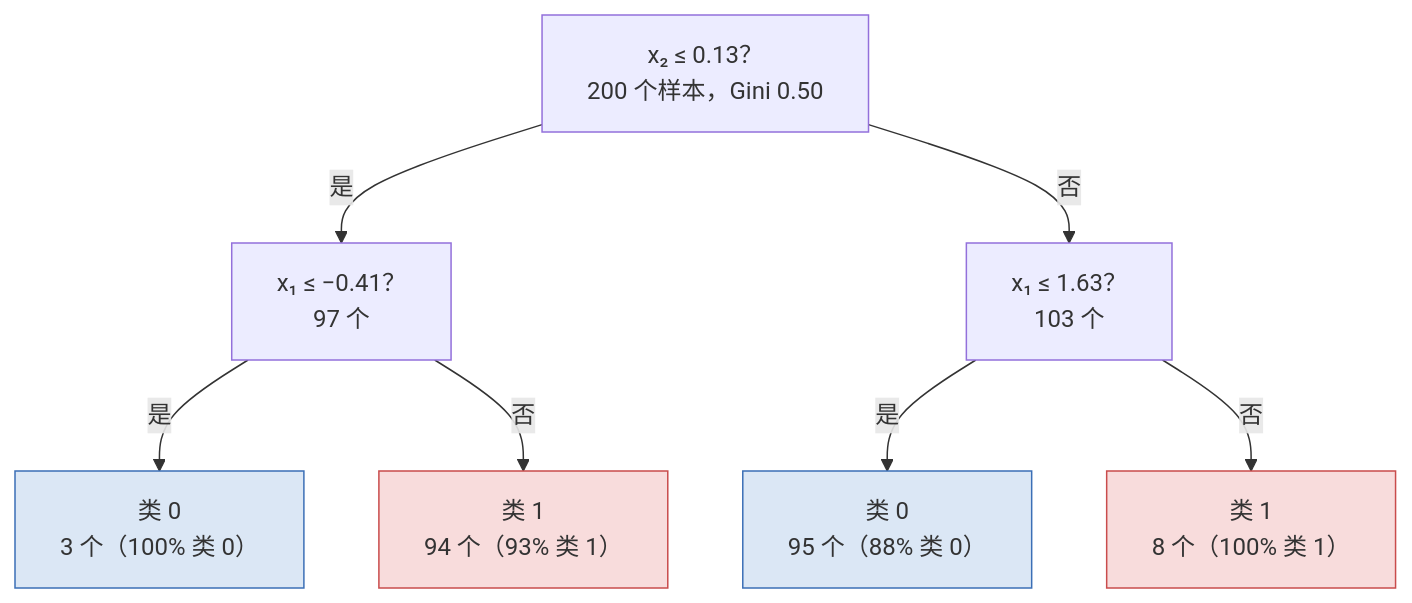
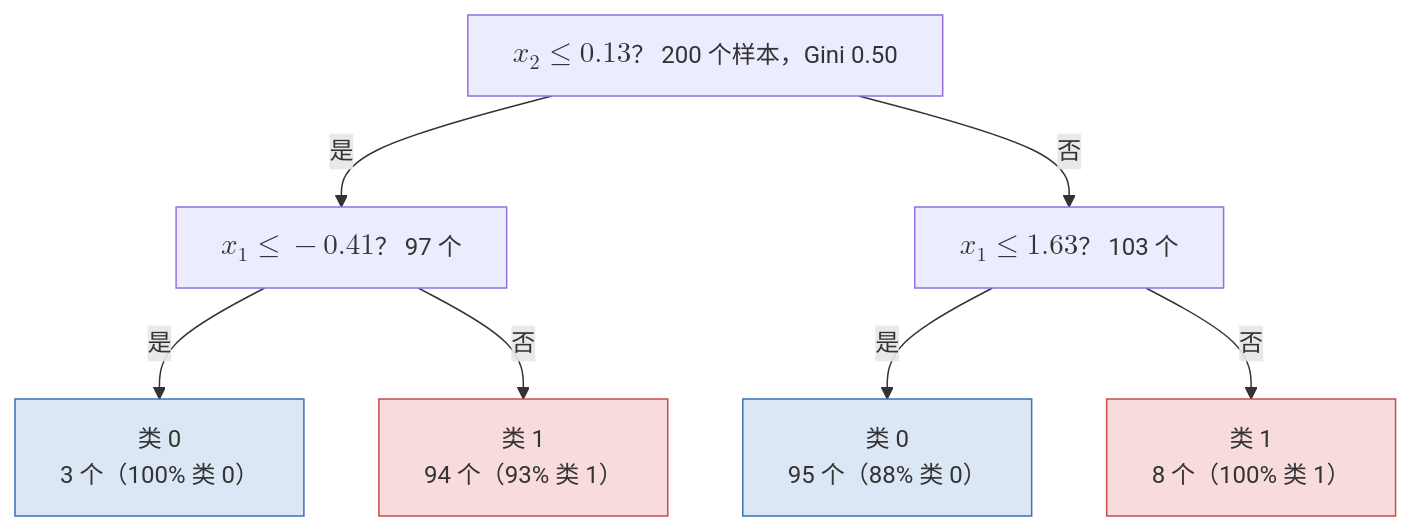
Before and after one commit to arganzheng/arganzheng.github.com: the diagram in _posts/2026-03-03-a-family-of-classifiers-from-naive-bayes-to-gradient-boosting.md, drawn with Mermaid.

Commit message:
LLM 时代的经典机器学习（04）：三个基础分类器——朴素贝叶斯、KNN 与决策树：Mermaid 伪公式改用 KaTeX
Mermaid 里的伪公式（Unicode 上下标、下划线下标、ᵀ、帽子 / 波浪号、希腊字母变量）改为 $$…$$，按正文的写法排版：
- $$x_2 \le 0.13$$
- $$x_1 \le -0.41$$
- $$x_1 \le 1.63$$

代码名、形状写法、只有 ² 的写法保持原样。

````diff
--- a/_posts/2026-03-03-a-family-of-classifiers-from-naive-bayes-to-gradient-boosting.md
+++ b/_posts/2026-03-03-a-family-of-classifiers-from-naive-bayes-to-gradient-boosting.md
@@ -489,15 +489,15 @@
 ```mermaid
 %% 图：月牙数据上深度 2 的决策树：每个节点一个问题，叶子是类别与样本数
 flowchart TD
-    R["x₂ ≤ 0.13？<br/>200 个样本，Gini 0.50"]
-    R -->|是| L["x₁ ≤ −0.41？<br/>97 个"]
-    R -->|否| Rt["x₁ ≤ 1.63？<br/>103 个"]
+    R["$$x_2 \le 0.13$$？<br/>200 个样本，Gini 0.50"]
+    R -->|是| L["$$x_1 \le -0.41$$？<br/>97 个"]
+    R -->|否| Rt["$$x_1 \le 1.63$$？<br/>103 个"]
     L -->|是| L1["类 0<br/>3 个（100% 类 0）"]
     L -->|否| L2["类 1<br/>94 个（93% 类 1）"]
     Rt -->|是| R1["类 0<br/>95 个（88% 类 0）"]
     Rt -->|否| R2["类 1<br/>8 个（100% 类 1）"]
     classDef c0 fill:#dbe7f5,stroke:#3b6fb6
     classDef c1 fill:#f8dcdc,stroke:#c94c4c
     class L1,R1 c0
     class L2,R2 c1
 ```
````
